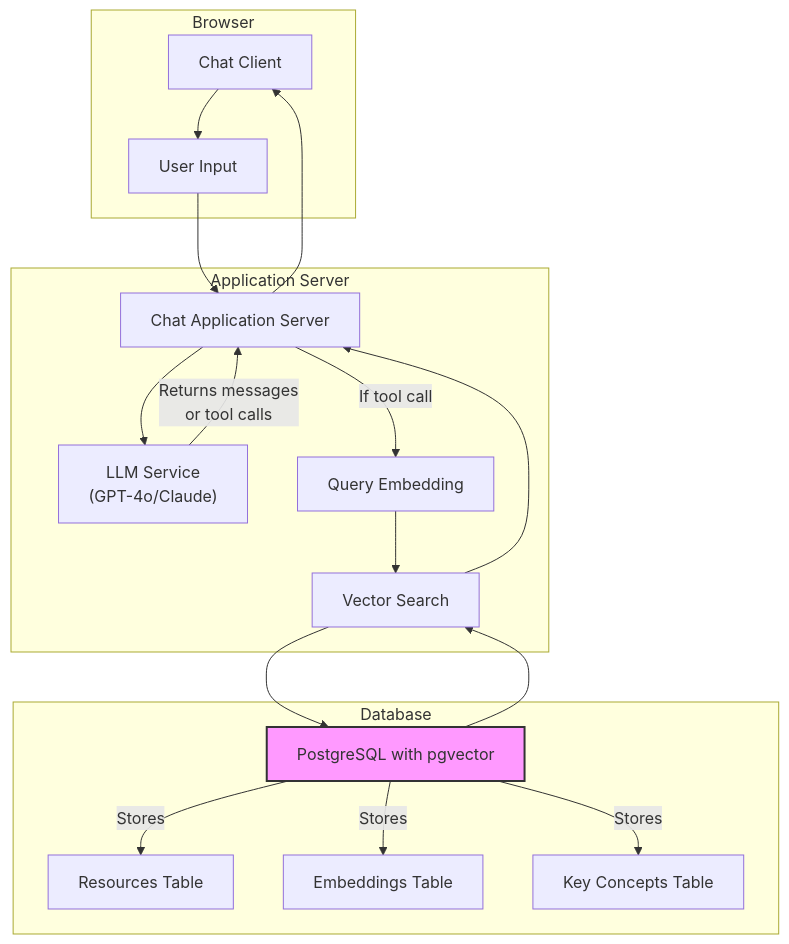
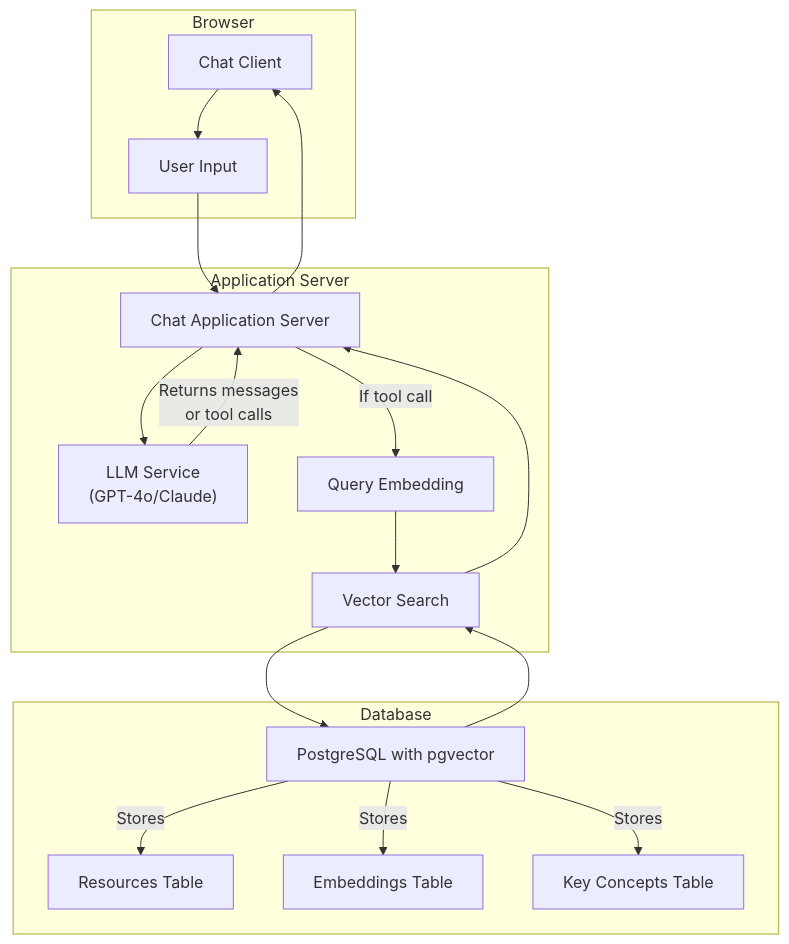
One commit to Teal-Insights/ccdr-explorer-client changed the diagram in README.md. Above: the diagram before and after it, drawn with Mermaid.

Commit message:
Imporve text contrast in README graph

````diff
--- a/README.md
+++ b/README.md
@@ -110,27 +110,25 @@
 ```mermaid
 graph TB
     subgraph "Browser"
         A["Chat Client"] --> B["User Input"]
     end
 
     subgraph "Application Server"
         C["Chat Application Server"] --> D["LLM Service<br>(GPT-4o/Claude)"]
         D -->|"Returns messages<br>or tool calls"| C
         C -->|"If tool call"| E["Query Embedding"]
         E --> F["Vector Search"]
     end
 
     B --> C
     C --> A
 
     subgraph "Database"
         F --> G["PostgreSQL with pgvector"]
         G --> F
         F --> C
         G -- Stores --> H["Resources Table"]
         G -- Stores --> I["Embeddings Table"]
         G -- Stores --> J["Key Concepts Table"]
     end
-
-    style G fill:#f9f,stroke:#333,stroke-width:2px
 ```
````
